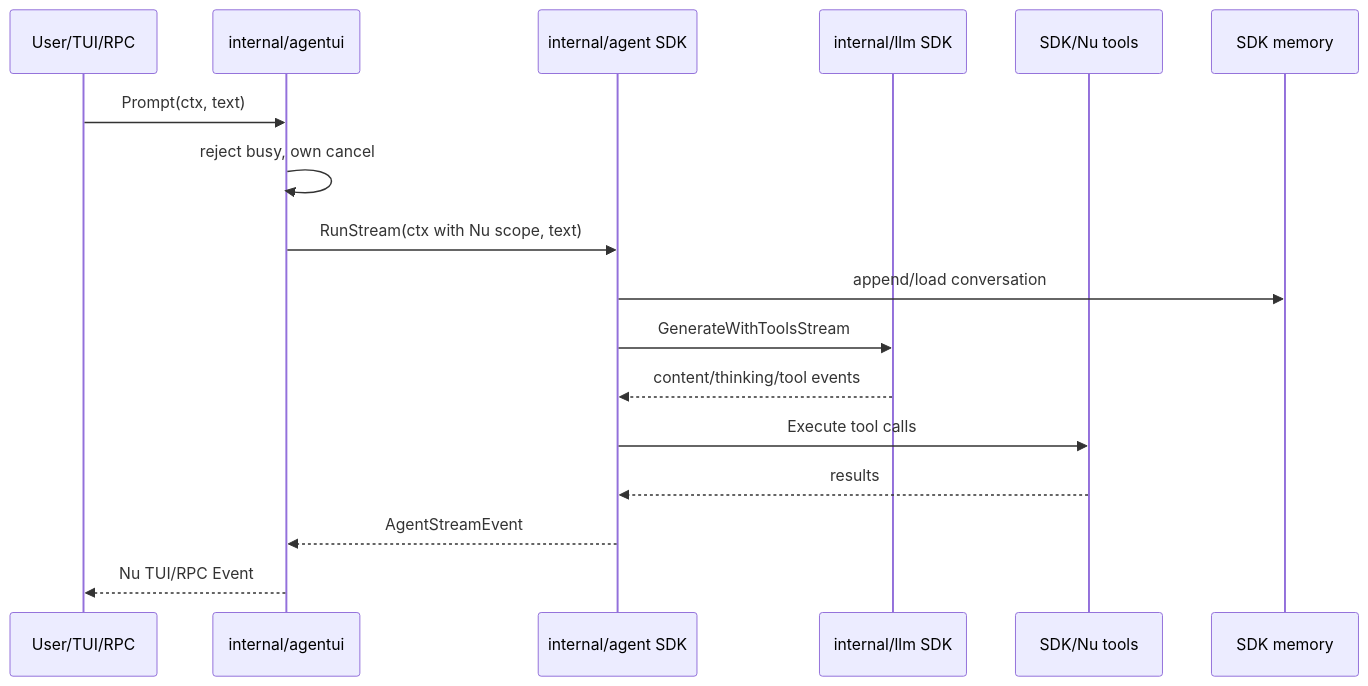
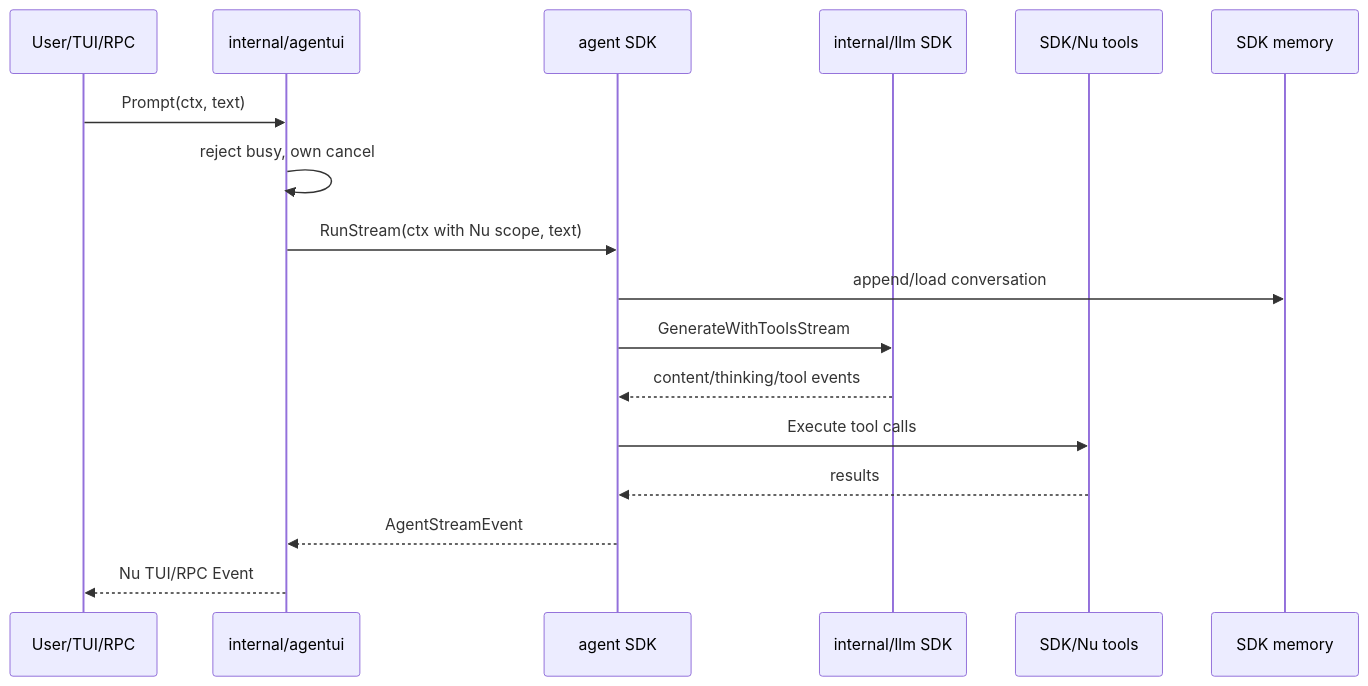
One commit to dm-vev/nu changed the diagram in spec/flows/agent-run.md. Above: the diagram before and after it, drawn with Mermaid. The commit also changed 1102 other files, not shown here.

````diff
--- a/spec/flows/agent-run.md
+++ b/spec/flows/agent-run.md
@@ -3,20 +3,20 @@
 ```mermaid
 sequenceDiagram
     participant U as User/TUI/RPC
     participant C as internal/agentui
-    participant A as internal/agent SDK
+    participant A as agent SDK
     participant L as internal/llm SDK
     participant T as SDK/Nu tools
     participant M as SDK memory
 
     U->>C: Prompt(ctx, text)
     C->>C: reject busy, own cancel
     C->>A: RunStream(ctx with Nu scope, text)
     A->>M: append/load conversation
     A->>L: GenerateWithToolsStream
     L-->>A: content/thinking/tool events
     A->>T: Execute tool calls
     T-->>A: results
     A-->>C: AgentStreamEvent
     C-->>U: Nu TUI/RPC Event
 ```
````
